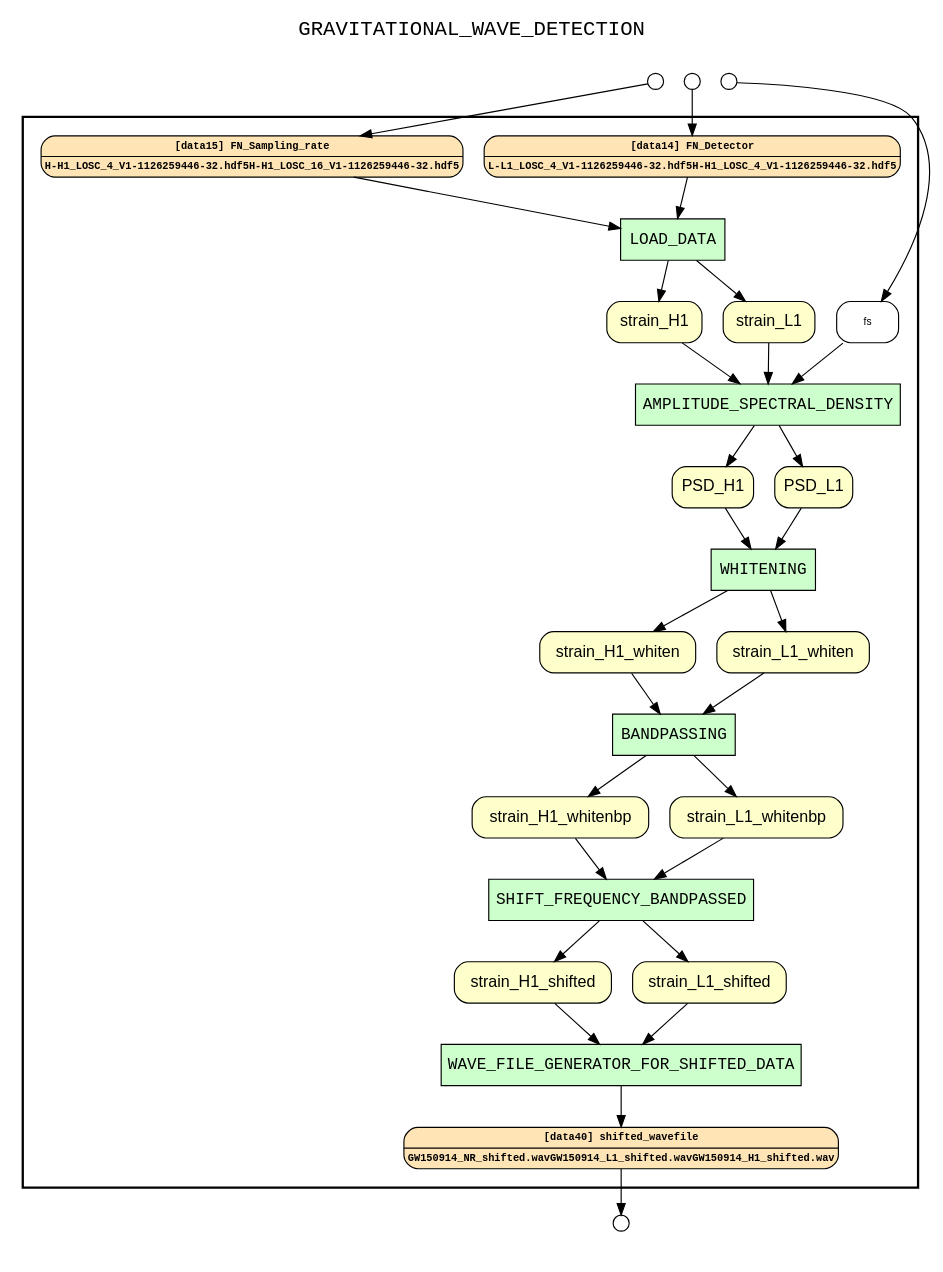
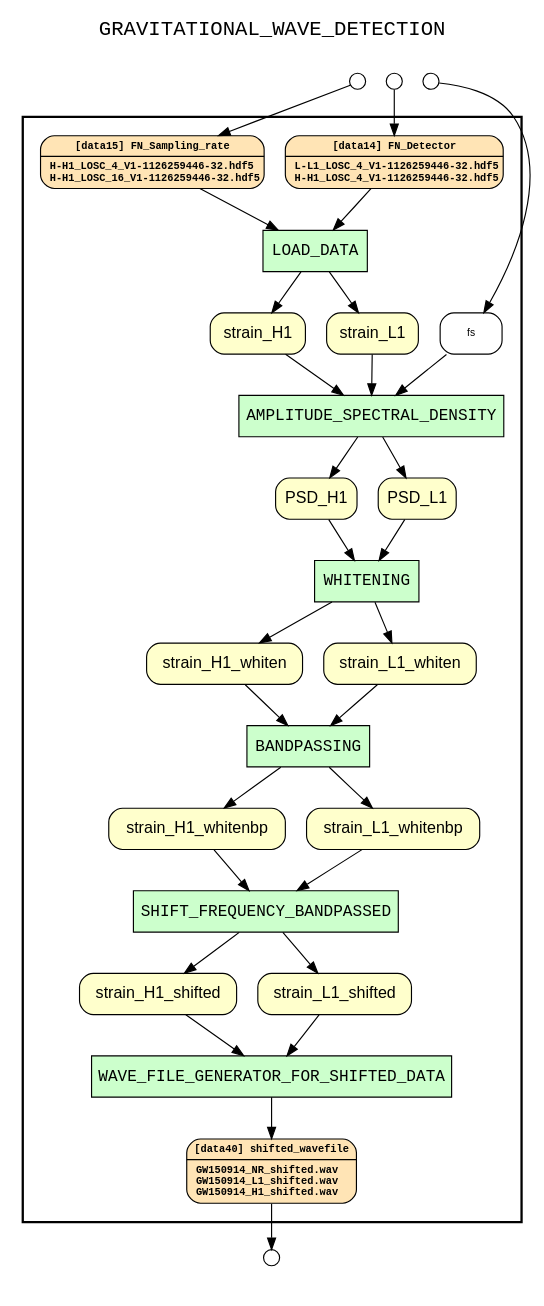
One commit to idaks/dataone-ahm-2016-poster changed the diagram in examples/LIGO/results/wf_recon_upstream_of_shifted_wavefile.gv. Above: the diagram before and after it, drawn with Graphviz. The commit also changed 53 other files, not shown here.

Commit message:
supplementary reprozip graphs for LIGO

```diff
--- a/examples/LIGO/results/wf_recon_upstream_of_shifted_wavefile.gv
+++ b/examples/LIGO/results/wf_recon_upstream_of_shifted_wavefile.gv
@@ -1,82 +1,75 @@
 
 digraph yw_data_view {
 rankdir=TB
 fontname=Courier; fontsize=18; labelloc=t
 label="GRAVITATIONAL_WAVE_DETECTION"
 subgraph cluster_workflow { label=""; color=black; penwidth=2
 subgraph cluster_workflow_inner { label=""; color=white
 node[shape=box style="filled" fillcolor="#CCFFCC" peripheries=1 fontname=Courier]
 SHIFT_FREQUENCY_BANDPASSED
 BANDPASSING
 WHITENING
 AMPLITUDE_SPECTRAL_DENSITY
 LOAD_DATA
 WAVE_FILE_GENERATOR_FOR_SHIFTED_DATA
 node[shape=box style="filled" fillcolor="#CCFFCC" peripheries=1 fontname=Courier]
 node[shape=box style="rounded,filled" fillcolor="#FFFFCC" peripheries=1 fontname=Helvetica]
 strain_H1
 strain_L1
 PSD_H1
 PSD_L1
 strain_H1_whiten
 strain_L1_whiten
 strain_H1_whitenbp
 strain_L1_whitenbp
 strain_H1_shifted
 strain_L1_shifted
 node[shape=box style="rounded,filled" fillcolor="#FFE4B5" peripheries=1 fontname="Courier-Bold" fontsize=9]
-FN_Detector[shape=record rankdir=LR label="{<f0> [data14] FN_Detector |<f1>L-L1_LOSC_4_V1-1126259446-32.hdf5
-H-H1_LOSC_4_V1-1126259446-32.hdf5
-}"]
-FN_Sampling_rate[shape=record rankdir=LR label="{<f0> [data15] FN_Sampling_rate |<f1>H-H1_LOSC_4_V1-1126259446-32.hdf5
-H-H1_LOSC_16_V1-1126259446-32.hdf5
-}"]
+FN_Detector[shape=record rankdir=LR label="{<f0> [data14] FN_Detector |<f1>L-L1_LOSC_4_V1-1126259446-32.hdf5\lH-H1_LOSC_4_V1-1126259446-32.hdf5\l}"]
+FN_Sampling_rate[shape=record rankdir=LR label="{<f0> [data15] FN_Sampling_rate |<f1>H-H1_LOSC_4_V1-1126259446-32.hdf5\lH-H1_LOSC_16_V1-1126259446-32.hdf5\l}"]
 node[shape=box style="rounded,filled" fillcolor="#FFE4B5" peripheries=1 fontname="Courier-Bold" fontsize=9]
-shifted_wavefile[shape=record rankdir=LR label="{<f0> [data40] shifted_wavefile |<f1>GW150914_NR_shifted.wav
-GW150914_L1_shifted.wav
-GW150914_H1_shifted.wav
-}"]
+shifted_wavefile[shape=record rankdir=LR label="{<f0> [data40] shifted_wavefile |<f1>GW150914_NR_shifted.wav\lGW150914_L1_shifted.wav\lGW150914_H1_shifted.wav\l}"]
 node[shape=box style="rounded,filled" fillcolor="#FFFFFF" peripheries=1 fontname=Helvetica]
 fs
 }}
 subgraph cluster_inflows { label=""; color=white; penwidth=2
 subgraph cluster_inflows_inner { label=""; color=white
 node[shape=circle fillcolor="#FFFFFF" peripheries=1 width=0.2]
 fs_inflow [label=""]
 FN_Detector_inflow [label=""]
 FN_Sampling_rate_inflow [label=""]
 }}
 subgraph cluster_outflows { label=""; color=white; penwidth=2
 subgraph cluster_outflows_inner { label=""; color=white
 node[shape=circle fillcolor="#FFFFFF" peripheries=1 width=0.2]
 shifted_wavefile_outflow [label=""]
 }}
-strain_H1_whiten -> BANDPASSING
-strain_L1 -> AMPLITUDE_SPECTRAL_DENSITY
-strain_L1_whiten -> BANDPASSING
-strain_H1_shifted -> WAVE_FILE_GENERATOR_FOR_SHIFTED_DATA
-strain_H1_whitenbp -> SHIFT_FREQUENCY_BANDPASSED
 strain_L1_shifted -> WAVE_FILE_GENERATOR_FOR_SHIFTED_DATA
 FN_Detector -> LOAD_DATA
 strain_L1_whitenbp -> SHIFT_FREQUENCY_BANDPASSED
 FN_Sampling_rate -> LOAD_DATA
 PSD_H1 -> WHITENING
 PSD_L1 -> WHITENING
 fs -> AMPLITUDE_SPECTRAL_DENSITY
 strain_H1 -> AMPLITUDE_SPECTRAL_DENSITY
+strain_H1_whiten -> BANDPASSING
+strain_L1 -> AMPLITUDE_SPECTRAL_DENSITY
+strain_L1_whiten -> BANDPASSING
+strain_H1_shifted -> WAVE_FILE_GENERATOR_FOR_SHIFTED_DATA
+strain_H1_whitenbp -> SHIFT_FREQUENCY_BANDPASSED
 LOAD_DATA -> strain_H1
 LOAD_DATA -> strain_L1
 AMPLITUDE_SPECTRAL_DENSITY -> PSD_H1
 AMPLITUDE_SPECTRAL_DENSITY -> PSD_L1
 WHITENING -> strain_H1_whiten
 WHITENING -> strain_L1_whiten
 BANDPASSING -> strain_H1_whitenbp
 BANDPASSING -> strain_L1_whitenbp
 SHIFT_FREQUENCY_BANDPASSED -> strain_H1_shifted
 SHIFT_FREQUENCY_BANDPASSED -> strain_L1_shifted
 WAVE_FILE_GENERATOR_FOR_SHIFTED_DATA -> shifted_wavefile
 fs_inflow -> fs
 FN_Detector_inflow -> FN_Detector
 FN_Sampling_rate_inflow -> FN_Sampling_rate
 shifted_wavefile -> shifted_wavefile_outflow
 }
```
